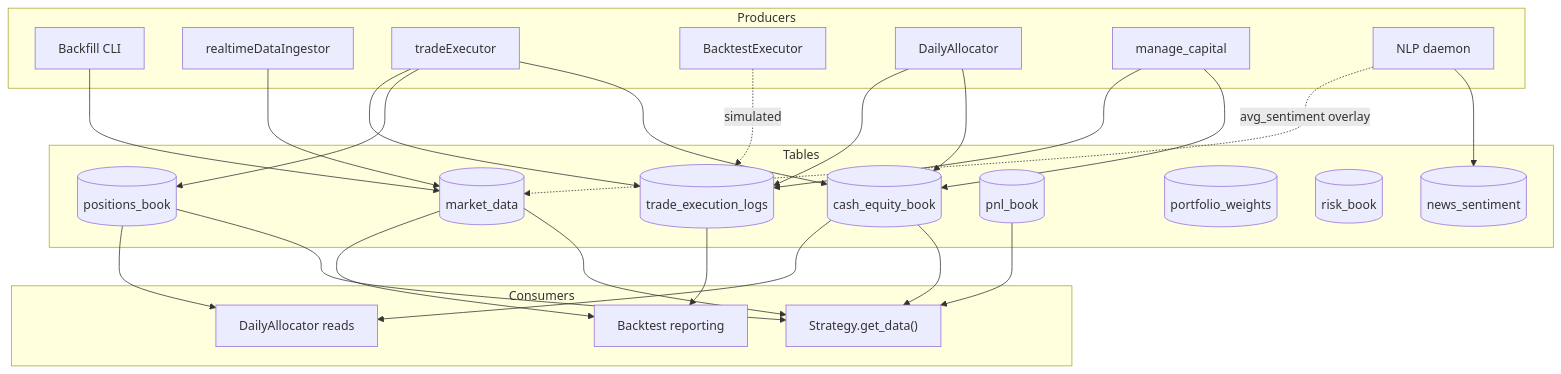
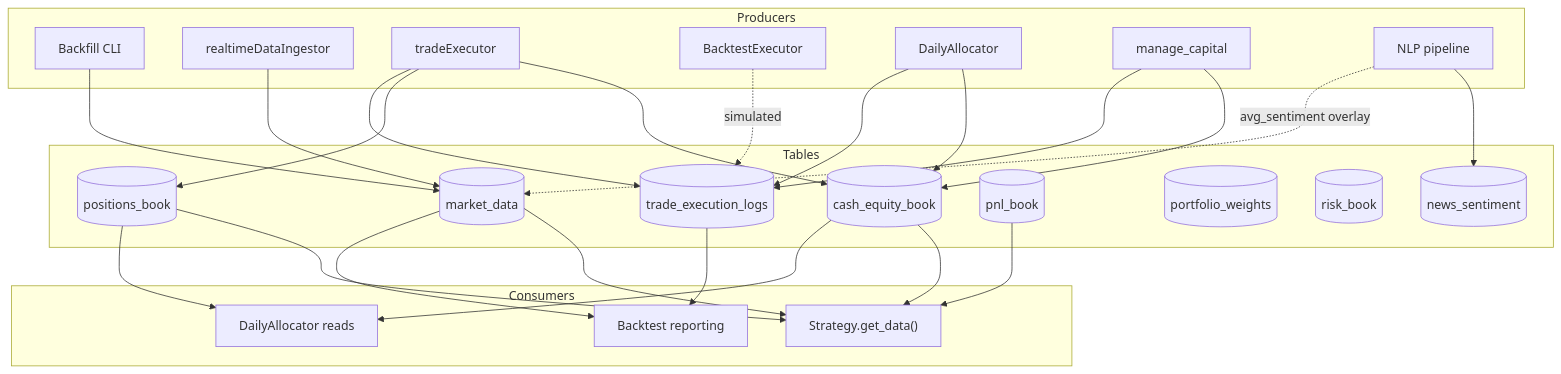
One commit to Animalliketree/MQSMaster changed the second of 4 diagrams in docs/workflows/database-schema.md. Above: the diagram before and after it, drawn with Mermaid. The commit also changed 33 other files, not shown here.

````diff
--- a/docs/workflows/database-schema.md
+++ b/docs/workflows/database-schema.md
@@ -126,55 +126,55 @@
 ```mermaid
 flowchart TD
     subgraph Producers["Producers"]
         BF["Backfill CLI"]
         RTI["realtimeDataIngestor"]
         LIVE["tradeExecutor"]
         BTEXEC["BacktestExecutor"]
         ALLOC["DailyAllocator"]
         CAP["manage_capital"]
-        NLP["NLP daemon"]
+        NLP["NLP pipeline"]
     end
 
     subgraph Tables["Tables"]
         MD[(market_data)]
         CASH[(cash_equity_book)]
         POS[(positions_book)]
         TLOG[(trade_execution_logs)]
         PNL[(pnl_book)]
         WTS[(portfolio_weights)]
         RISK[(risk_book)]
         NS[(news_sentiment)]
     end
 
     subgraph Consumers["Consumers"]
         STRAT["Strategy.get_data()"]
         REPORT["Backtest reporting"]
         ALLOCR["DailyAllocator reads"]
     end
 
     BF --> MD
     RTI --> MD
     NLP --> NS
     NLP -.->|"avg_sentiment overlay"| MD
 
     LIVE --> CASH
     LIVE --> POS
     LIVE --> TLOG
     BTEXEC -. simulated .-> TLOG
 
     ALLOC --> CASH
     ALLOC --> TLOG
     CAP --> CASH
     CAP --> TLOG
 
     MD --> STRAT
     CASH --> STRAT
     POS --> STRAT
     PNL --> STRAT
 
     MD --> REPORT
     TLOG --> REPORT
 
     CASH --> ALLOCR
     POS --> ALLOCR
 ```
````
